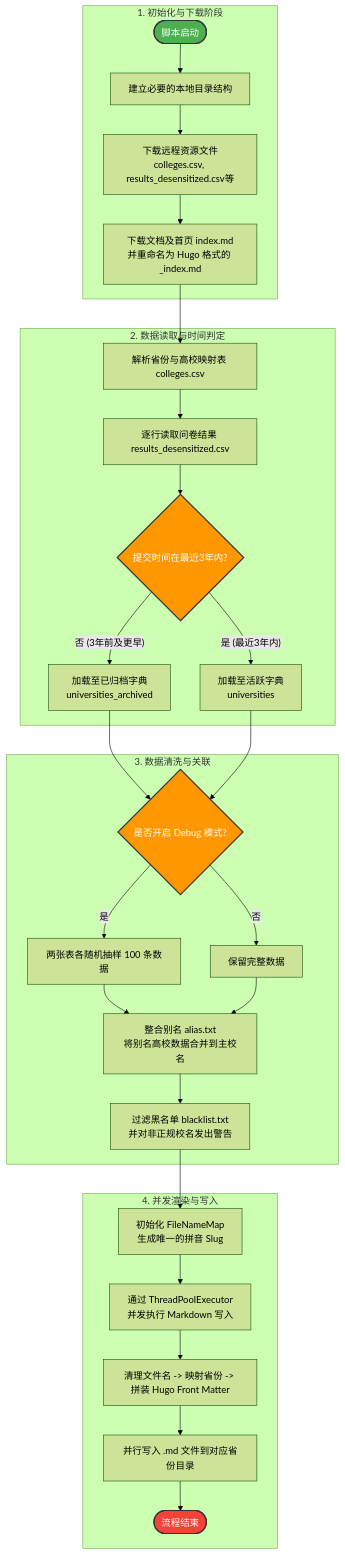
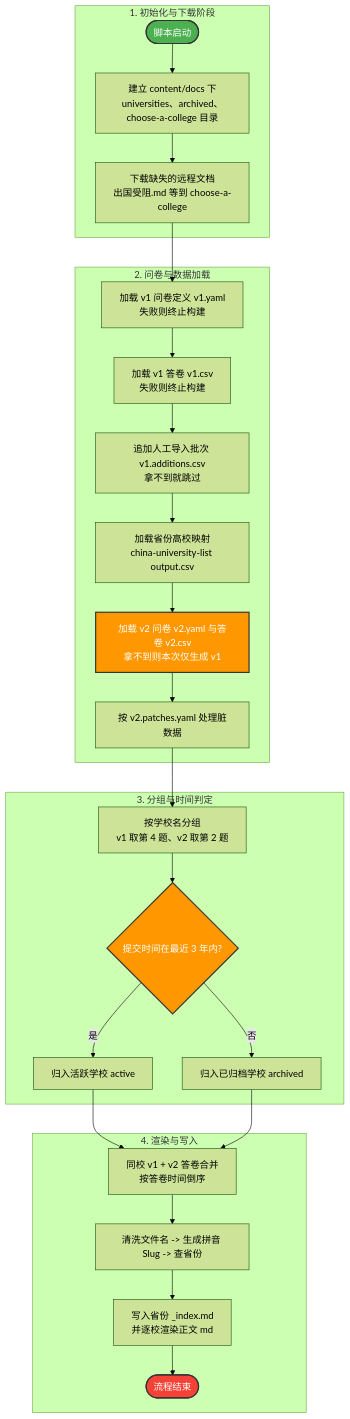
The diagram in README.md (CollegesChat/website-generator), drawn with Mermaid (forest theme) before and after one commit. The commit also changed other lines of this file, not shown here.

Commit message:
:memo: update flow chart

````diff
--- a/README.md
+++ b/README.md
@@ -1,42 +1,40 @@
 ```mermaid
 graph TD
-    %% 阶段一：环境初始化与文件下载
+    %% 阶段一：目录初始化与文档同步
     subgraph Phase1 [1. 初始化与下载阶段]
-        A([脚本启动]) --> B[建立必要的本地目录结构]
-        B --> C[下载远程资源文件<br>colleges.csv, results_desensitized.csv等]
-        C --> D[下载文档及首页 index.md<br>并重命名为 Hugo 格式的 _index.md]
+        A([脚本启动]) --> B[建立 content/docs 下universities、archived、choose-a-college 目录]
+        B --> C[下载缺失的远程文档<br>出国受阻.md 等到 choose-a-college]
     end
 
-    %% 阶段二：数据读取与初次归类
-    subgraph Phase2 [2. 数据读取与时间判定]
-        D --> E[解析省份与高校映射表 colleges.csv]
-        E --> F[逐行读取问卷结果 results_desensitized.csv]
-        F --> G{提交时间在最近3年内?}
-        G -- 否 (3年前及更早) --> H[加载至已归档字典<br>universities_archived]
-        G -- 是 (最近3年内) --> I[加载至活跃字典<br>universities]
+    %% 阶段二：加载问卷定义与答卷数据
+    subgraph Phase2 [2. 问卷与数据加载]
+        C --> D[加载 v1 问卷定义 v1.yaml<br>失败则终止构建]
+        D --> E[加载 v1 答卷 v1.csv<br>失败则终止构建]
+        E --> F[追加人工导入批次 v1.additions.csv<br>拿不到就跳过]
+        F --> G[加载省份高校映射<br>china-university-list output.csv]
+        G --> H[加载 v2 问卷 v2.yaml 与答卷 v2.csv<br>拿不到则本次仅生成 v1]
+        H --> I[按 v2.patches.yaml 处理脏数据]
     end
 
-    %% 阶段三：别名整合与黑白名单过滤
-    subgraph Phase3 [3. 数据清洗与关联]
-        H & I --> J{是否开启 Debug 模式?}
-        J -- 是 --> K[两张表各随机抽样 100 条数据]
-        J -- 否 --> L[保留完整数据]
-        K & L --> M[整合别名 alias.txt<br>将别名高校数据合并到主校名]
-        M --> N[过滤黑名单 blacklist.txt<br>并对非正规校名发出警告]
+    %% 阶段三：按学校分组与归档判定
+    subgraph Phase3 [3. 分组与时间判定]
+        I --> J[按学校名分组<br>v1 取第 4 题、v2 取第 2 题]
+        J --> K{提交时间在最近 3 年内?}
+        K -- 是 --> L[归入活跃学校 active]
+        K -- 否 --> M[归入已归档学校 archived]
     end
 
-    %% 阶段四：多线程渲染 Markdown
-    subgraph Phase4 [4. 并发渲染与写入]
-        N --> O[初始化 FileNameMap<br>生成唯一的拼音 Slug]
-        O --> P[通过 ThreadPoolExecutor<br>并发执行 Markdown 写入]
-        P --> Q[清理文件名 -> 映射省份 -> 拼装 Hugo Front Matter]
-        Q --> R[并行写入 .md 文件到对应省份目录]
-        R --> S([流程结束])
+    %% 阶段四：渲染并写入 Hugo 页面
+    subgraph Phase4 [4. 渲染与写入]
+        L & M --> N[同校 v1 + v2 答卷合并<br>按答卷时间倒序]
+        N --> O[清洗文件名 -> 生成拼音 Slug -> 查省份]
+        O --> P[写入省份 _index.md<br>并逐校渲染正文 md]
+        P --> Q([流程结束])
     end
 
     %% 样式调整
     style A fill:#4CAF50,stroke:#333,stroke-width:2px,color:#fff
-    style S fill:#F44336,stroke:#333,stroke-width:2px,color:#fff
-    style G fill:#FF9800,stroke:#333,stroke-width:2px,color:#fff
-    style J fill:#FF9800,stroke:#333,stroke-width:2px,color:#fff
+    style Q fill:#F44336,stroke:#333,stroke-width:2px,color:#fff
+    style K fill:#FF9800,stroke:#333,stroke-width:2px,color:#fff
+    style H fill:#FF9800,stroke:#333,stroke-width:2px,color:#fff
 ```
````
